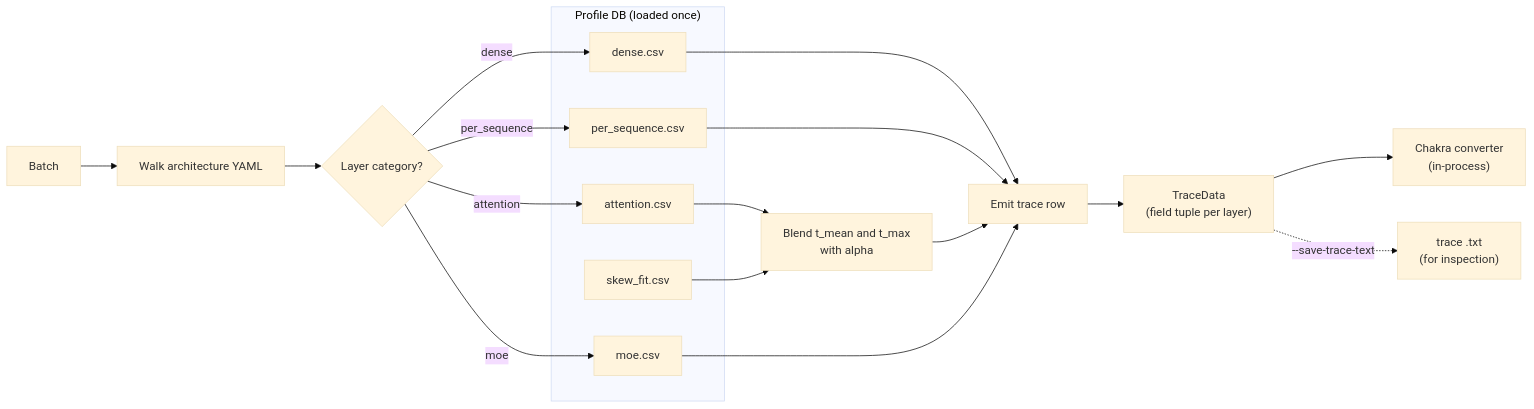
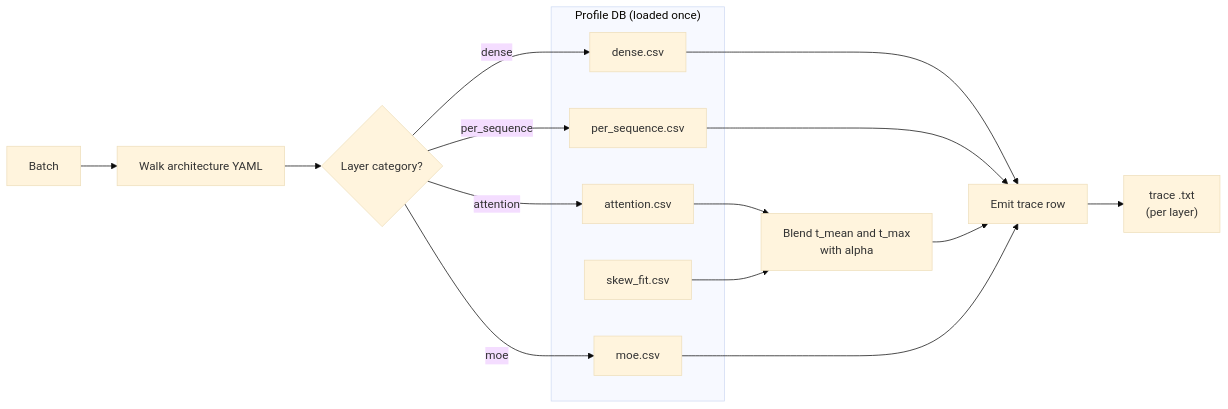
The diagram in docs/docs/simulator/trace-generation.md (ahkanani/LLMServingSim), drawn with Mermaid (base theme) before and after one commit. The commit also changed other lines of this file and 451 other files, not shown here.

````diff
--- a/docs/docs/simulator/trace-generation.md
+++ b/docs/docs/simulator/trace-generation.md
@@ -22,25 +22,23 @@
 ```mermaid
 flowchart LR
     subgraph PROF["Profile DB (loaded once)"]
         DENSE[dense.csv]
         PERSEQ[per_sequence.csv]
         ATTN[attention.csv]
         MOE[moe.csv]
         SKEW[skew_fit.csv]
     end
     BATCH[Batch] --> WALK[Walk architecture YAML]
     WALK --> DISPATCH{Layer category?}
     DISPATCH -->|dense| DENSE
     DISPATCH -->|per_sequence| PERSEQ
     DISPATCH -->|attention| ATTN
     DISPATCH -->|moe| MOE
     ATTN --> SKEWBLEND["Blend t_mean and t_max<br/>with alpha"]
     SKEW --> SKEWBLEND
     DENSE --> EMIT[Emit trace row]
     PERSEQ --> EMIT
     SKEWBLEND --> EMIT
     MOE --> EMIT
-    EMIT --> ROWS["TraceData<br/>(field tuple per layer)"]
-    ROWS --> GRAPH["Chakra converter<br/>(in-process)"]
-    ROWS -.->|--save-trace-text| TRACEFILE["trace .txt<br/>(for inspection)"]
+    EMIT --> TRACEFILE["trace .txt<br/>(per layer)"]
 ```
````
